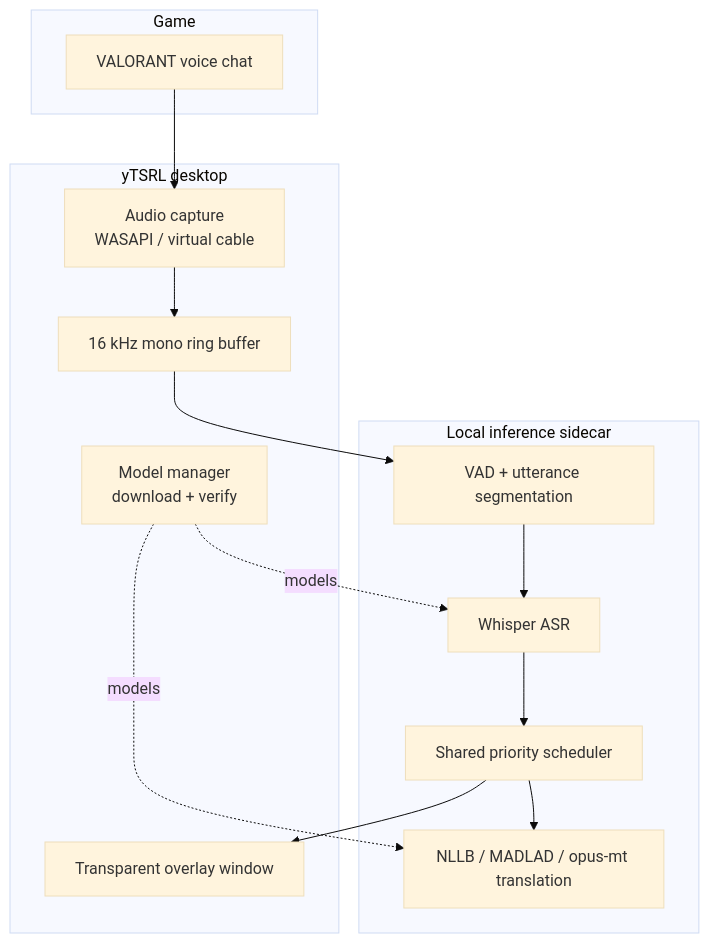
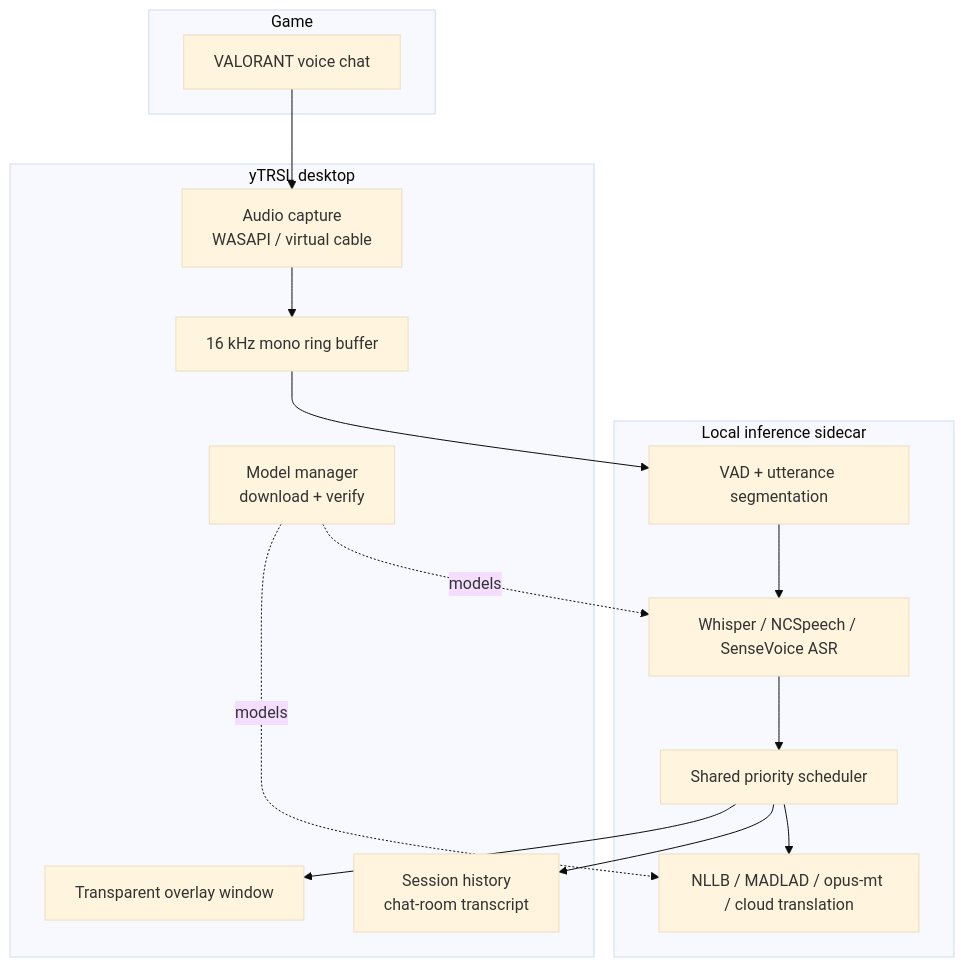
The first of 4 diagrams in README.md (jxstme22/ztrsl), drawn with Mermaid (base theme) before and after one commit. The commit also changed other lines of this file and 16 other files, not shown here.

First line of the commit message:
docs: sync main to v0.9.2 state — yTRSL branding, chat-room history, you-voice + typed chat

````diff
--- a/README.md
+++ b/README.md
@@ -105,24 +114,26 @@
 ```mermaid
 flowchart TB
   subgraph Game
     V[VALORANT voice chat]
   end
 
-  subgraph yTSRL desktop
+  subgraph yTRSL desktop
     C[Audio capture<br/>WASAPI / virtual cable]
     R[16 kHz mono ring buffer]
     O[Transparent overlay window]
     S[Model manager<br/>download + verify]
+    H[Session history<br/>chat-room transcript]
   end
 
   subgraph Local inference sidecar
     VAD[VAD + utterance segmentation]
-    ASR[Whisper ASR]
-    MT[NLLB / MADLAD / opus-mt translation]
+    ASR[Whisper / NCSpeech / SenseVoice ASR]
+    MT[NLLB / MADLAD / opus-mt / cloud translation]
     SCHED[Shared priority scheduler]
   end
 
   V --> C --> R --> VAD --> ASR --> SCHED --> MT
   SCHED --> O
+  SCHED --> H
   S -. models .-> ASR & MT
 ```
````
